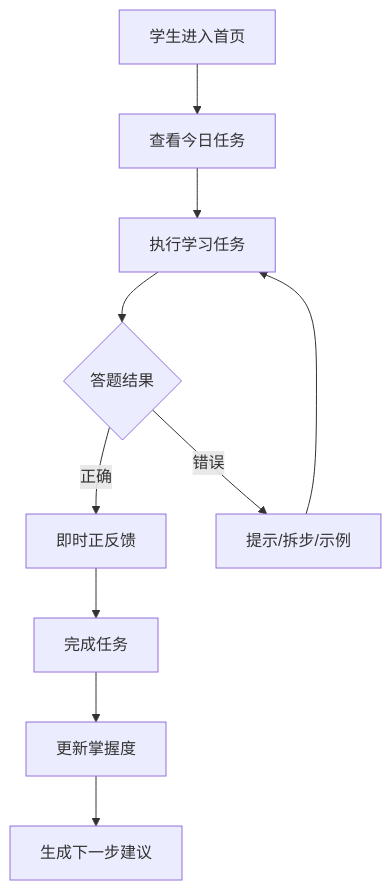
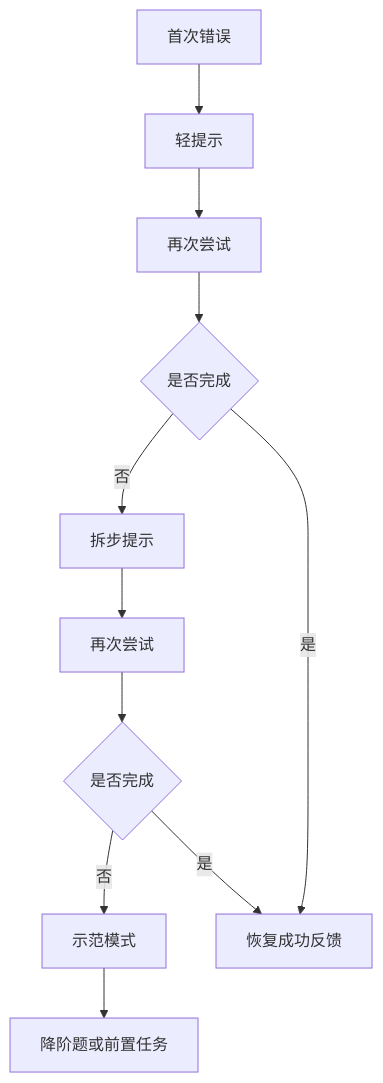
The third of 3 diagrams in doc/2026-小学学习闭环系统-Web详细设计.md (angelash/StudyAgent), drawn with Mermaid before and after one commit. The commit also changed other lines of this file and 1 other file, not shown here.

````diff
--- a/doc/2026-小学学习闭环系统-Web详细设计.md
+++ b/doc/2026-小学学习闭环系统-Web详细设计.md
@@ -713,12 +544,13 @@
 ```mermaid
 flowchart TD
-    A[学生进入首页] --> B[查看今日任务]
-    B --> C[执行学习任务]
-    C --> D{答题结果}
-    D -->|正确| E[即时正反馈]
-    D -->|错误| F[提示/拆步/示例]
-    F --> C
-    E --> G[完成任务]
-    G --> H[更新掌握度]
-    H --> I[生成下一步建议]
+    A[首次错误] --> B[轻提示]
+    B --> C[再次尝试]
+    C --> D{是否完成}
+    D -->|否| E[拆步提示]
+    E --> F[再次尝试]
+    F --> G{是否完成}
+    G -->|否| H[示范模式]
+    H --> I[降阶题或前置任务]
+    G -->|是| J[恢复成功反馈]
+    D -->|是| J
 ```
````
